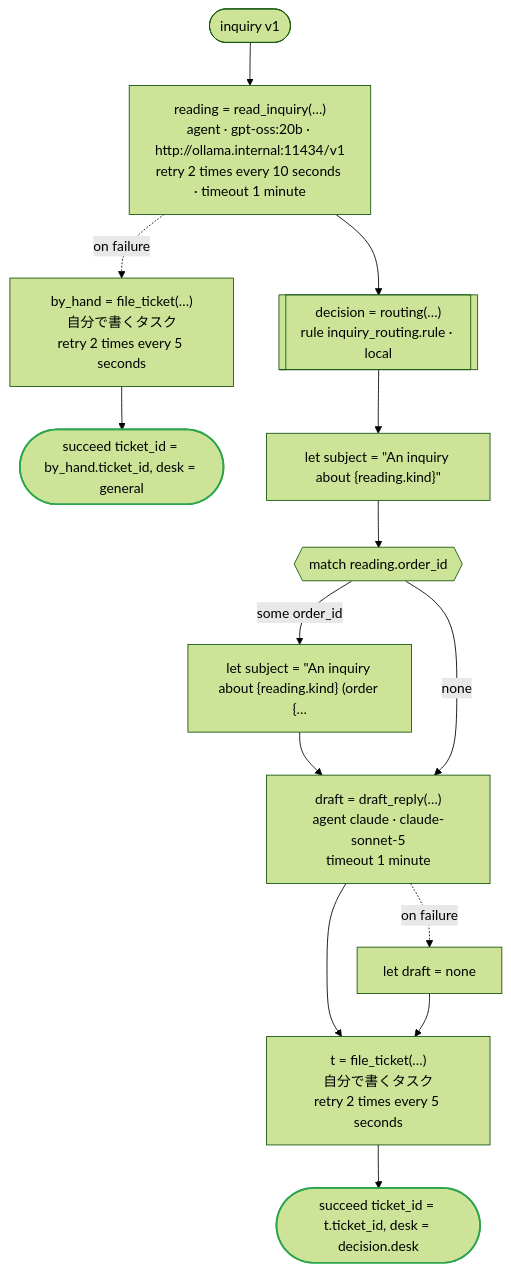
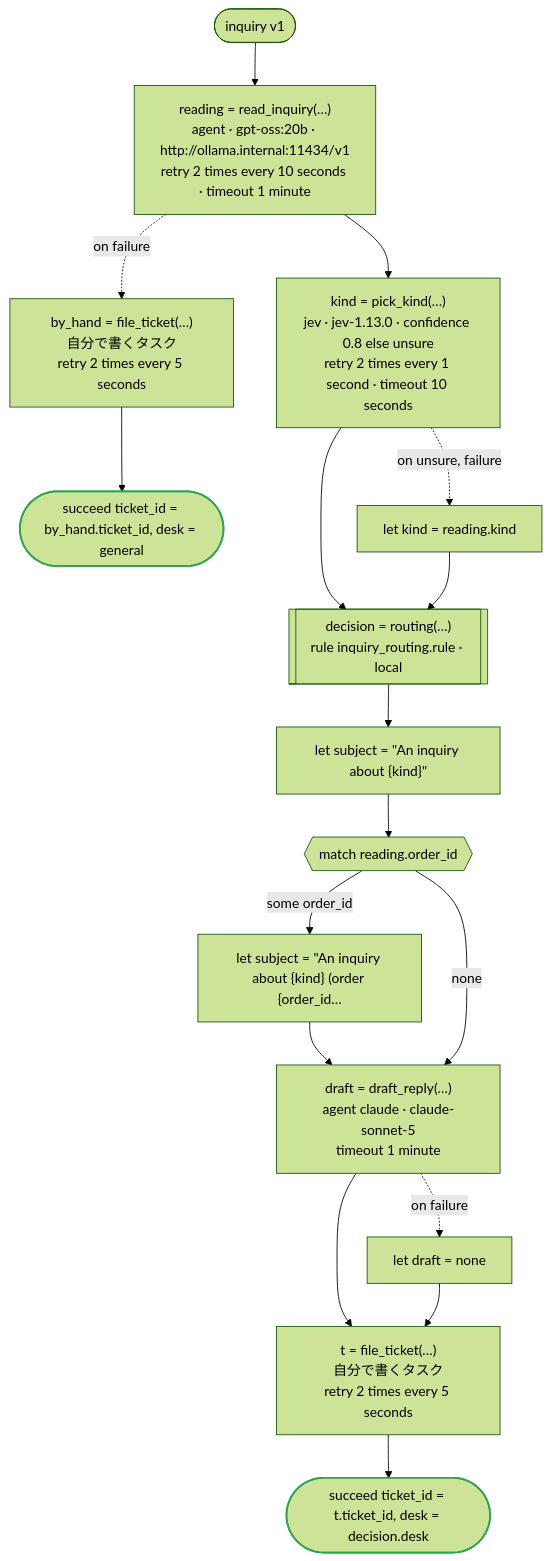
One commit to i2y/ritsu changed the diagram in crates/dandori/tests/doc/examples-inquiry-temporal-inquiry.ja.md. Above: the diagram before and after it, drawn with Mermaid (forest theme). The commit also changed other lines of this file and 143 other files, not shown here.

First line of the commit message:
feat: let a task ask TypeSafe's Jev

````diff
--- a/crates/dandori/tests/doc/examples-inquiry-temporal-inquiry.ja.md
+++ b/crates/dandori/tests/doc/examples-inquiry-temporal-inquiry.ja.md
@@ -9,31 +9,36 @@
 ```mermaid
 flowchart TD
     start(["inquiry v1"])
     s1["reading = read_inquiry(…)<br>agent · gpt-oss:20b · http://ollama.internal:11434/v1<br>retry 2 times every 10 seconds · timeout 1 minute"]
     s2["by_hand = file_ticket(…)<br>自分で書くタスク<br>retry 2 times every 5 seconds"]
     s3(["succeed ticket_id = by_hand.ticket_id, desk = general"])
-    s4[["decision = routing(…)<br>rule inquiry_routing.rule · local"]]
-    s5["let subject = #quot;An inquiry about {reading.kind}#quot;"]
-    s6{{"match reading.order_id"}}
-    s7["let subject = #quot;An inquiry about {reading.kind} (order {…"]
-    s9["draft = draft_reply(…)<br>agent claude · claude-sonnet-5<br>timeout 1 minute"]
-    s10["let draft = none"]
-    s11["t = file_ticket(…)<br>自分で書くタスク<br>retry 2 times every 5 seconds"]
-    s12(["succeed ticket_id = t.ticket_id, desk = decision.desk"])
+    s4["kind = pick_kind(…)<br>jev · jev-1.13.0 · confidence 0.8 else unsure<br>retry 2 times every 1 second · timeout 10 seconds"]
+    s5["let kind = reading.kind"]
+    s6[["decision = routing(…)<br>rule inquiry_routing.rule · local"]]
+    s7["let subject = #quot;An inquiry about {kind}#quot;"]
+    s8{{"match reading.order_id"}}
+    s9["let subject = #quot;An inquiry about {kind} (order {order_id…"]
+    s11["draft = draft_reply(…)<br>agent claude · claude-sonnet-5<br>timeout 1 minute"]
+    s12["let draft = none"]
+    s13["t = file_ticket(…)<br>自分で書くタスク<br>retry 2 times every 5 seconds"]
+    s14(["succeed ticket_id = t.ticket_id, desk = decision.desk"])
     start --> s1
     s1 -.->|"on failure"| s2
     s2 --> s3
     s1 --> s4
-    s4 --> s5
+    s4 -.->|"on unsure, failure"| s5
+    s4 --> s6
     s5 --> s6
-    s6 -->|"some order_id"| s7
-    s7 --> s9
-    s6 -->|"none"| s9
-    s9 -.->|"on failure"| s10
+    s6 --> s7
+    s7 --> s8
+    s8 -->|"some order_id"| s9
     s9 --> s11
-    s10 --> s11
-    s11 --> s12
+    s8 -->|"none"| s11
+    s11 -.->|"on failure"| s12
+    s11 --> s13
+    s12 --> s13
+    s13 --> s14
     classDef ok stroke:#2da44e,stroke-width:2px
     classDef bad stroke:#cf222e,stroke-width:2px
-    class s3,s12 ok
+    class s3,s14 ok
 ```
````
